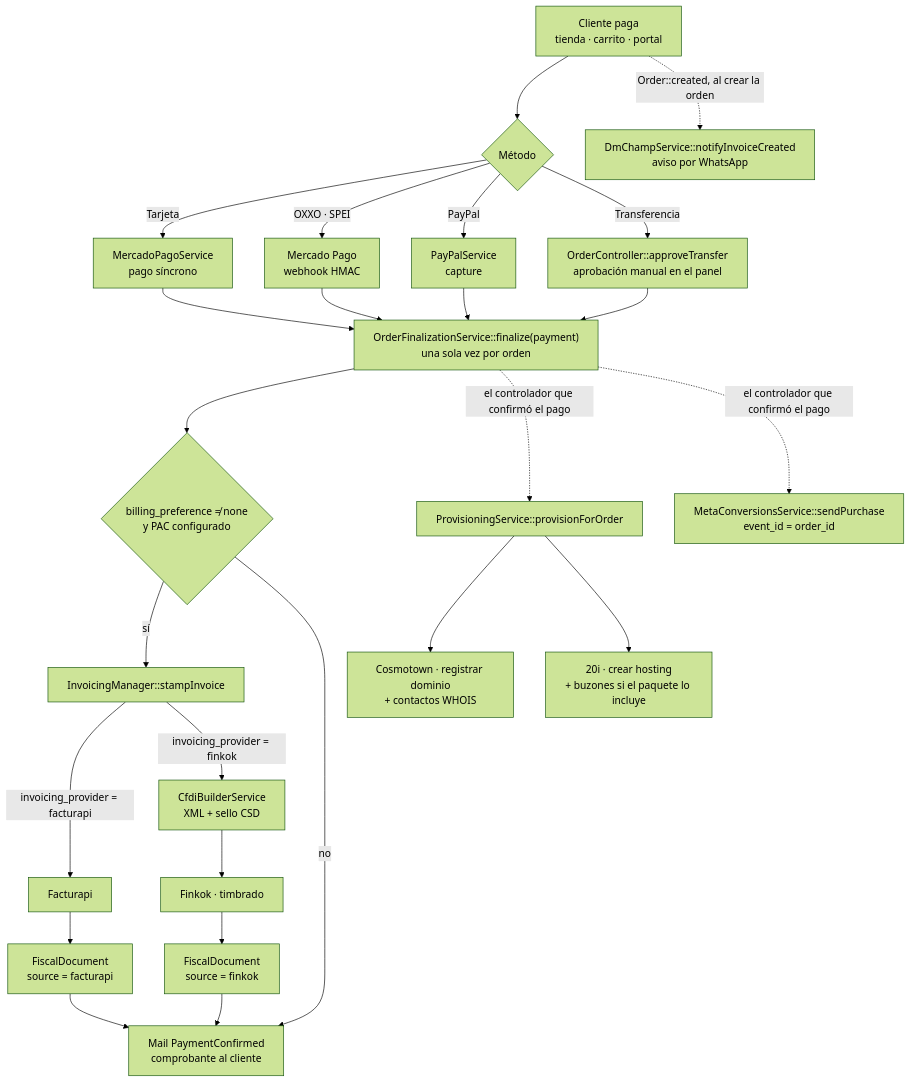
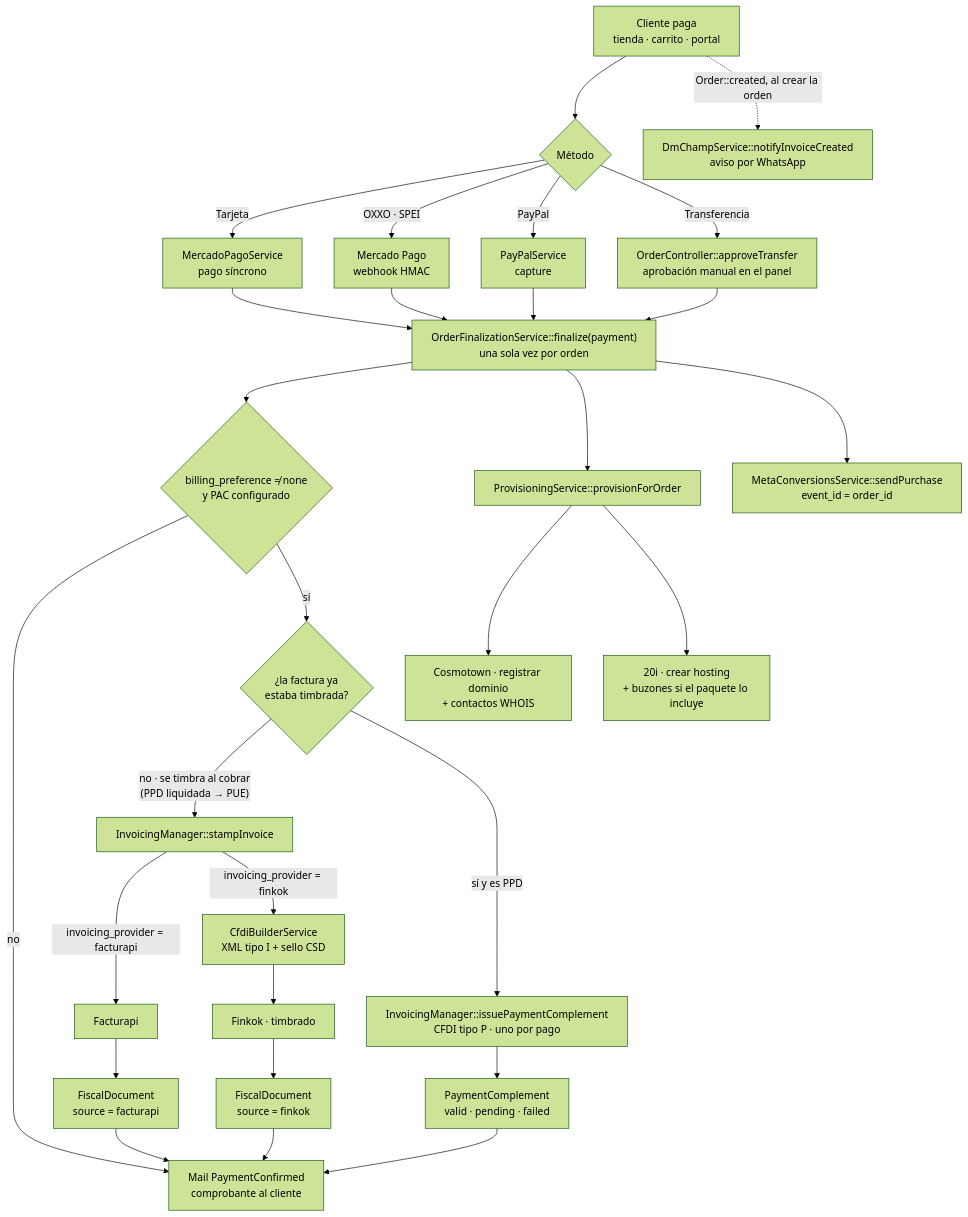
Before and after one commit to Enmamosley/crm: the second of 4 diagrams in docs/GRAFO_ARQUITECTURA.md, drawn with Mermaid (forest theme). The commit also changed other lines of this file and 17 other files, not shown here.

````diff
--- a/docs/GRAFO_ARQUITECTURA.md
+++ b/docs/GRAFO_ARQUITECTURA.md
@@ -150,31 +150,38 @@
 ```mermaid
 flowchart TD
   A["Cliente paga<br/>tienda · carrito · portal"] --> B{Método}
   B -->|Tarjeta| MP["MercadoPagoService<br/>pago síncrono"]
   B -->|OXXO · SPEI| MPW["Mercado Pago<br/>webhook HMAC"]
   B -->|PayPal| PP["PayPalService<br/>capture"]
   B -->|Transferencia| MAN["OrderController::approveTransfer<br/>aprobación manual en el panel"]
 
   MP --> FIN
   MPW --> FIN
   PP --> FIN
   MAN --> FIN
 
   FIN["OrderFinalizationService::finalize(payment)<br/>una sola vez por orden"]
   FIN --> STAMP{"billing_preference ≠ none<br/>y PAC configurado"}
-  STAMP -->|sí| INV["InvoicingManager::stampInvoice"]
+  STAMP -->|no| MAIL
+  STAMP -->|sí| YA{"¿la factura ya<br/>estaba timbrada?"}
+
+  YA -->|"no · se timbra al cobrar<br/>(PPD liquidada → PUE)"| INV["InvoicingManager::stampInvoice"]
   INV -->|invoicing_provider = facturapi| FA["Facturapi"]
-  INV -->|invoicing_provider = finkok| CFDI["CfdiBuilderService<br/>XML + sello CSD"] --> FK["Finkok · timbrado"]
+  INV -->|invoicing_provider = finkok| CFDI["CfdiBuilderService<br/>XML tipo I + sello CSD"] --> FK["Finkok · timbrado"]
   FA --> FD["FiscalDocument<br/>source = facturapi"]
   FK --> FD2["FiscalDocument<br/>source = finkok"]
-  STAMP -->|no| MAIL
+
+  YA -->|"sí y es PPD"| REP["InvoicingManager::issuePaymentComplement<br/>CFDI tipo P · uno por pago"]
+  REP --> PC["PaymentComplement<br/>valid · pending · failed"]
+
   FD --> MAIL
   FD2 --> MAIL
+  PC --> MAIL
   MAIL["Mail PaymentConfirmed<br/>comprobante al cliente"]
 
-  FIN -. "el controlador que confirmó el pago" .-> PROV["ProvisioningService::provisionForOrder"]
+  FIN --> PROV["ProvisioningService::provisionForOrder"]
   PROV --> COS["Cosmotown · registrar dominio<br/>+ contactos WHOIS"]
   PROV --> T20["20i · crear hosting<br/>+ buzones si el paquete lo incluye"]
-  FIN -. "el controlador que confirmó el pago" .-> META["MetaConversionsService::sendPurchase<br/>event_id = order_id"]
+  FIN --> META["MetaConversionsService::sendPurchase<br/>event_id = order_id"]
   A -. "Order::created, al crear la orden" .-> DMC["DmChampService::notifyInvoiceCreated<br/>aviso por WhatsApp"]
 ```
````
